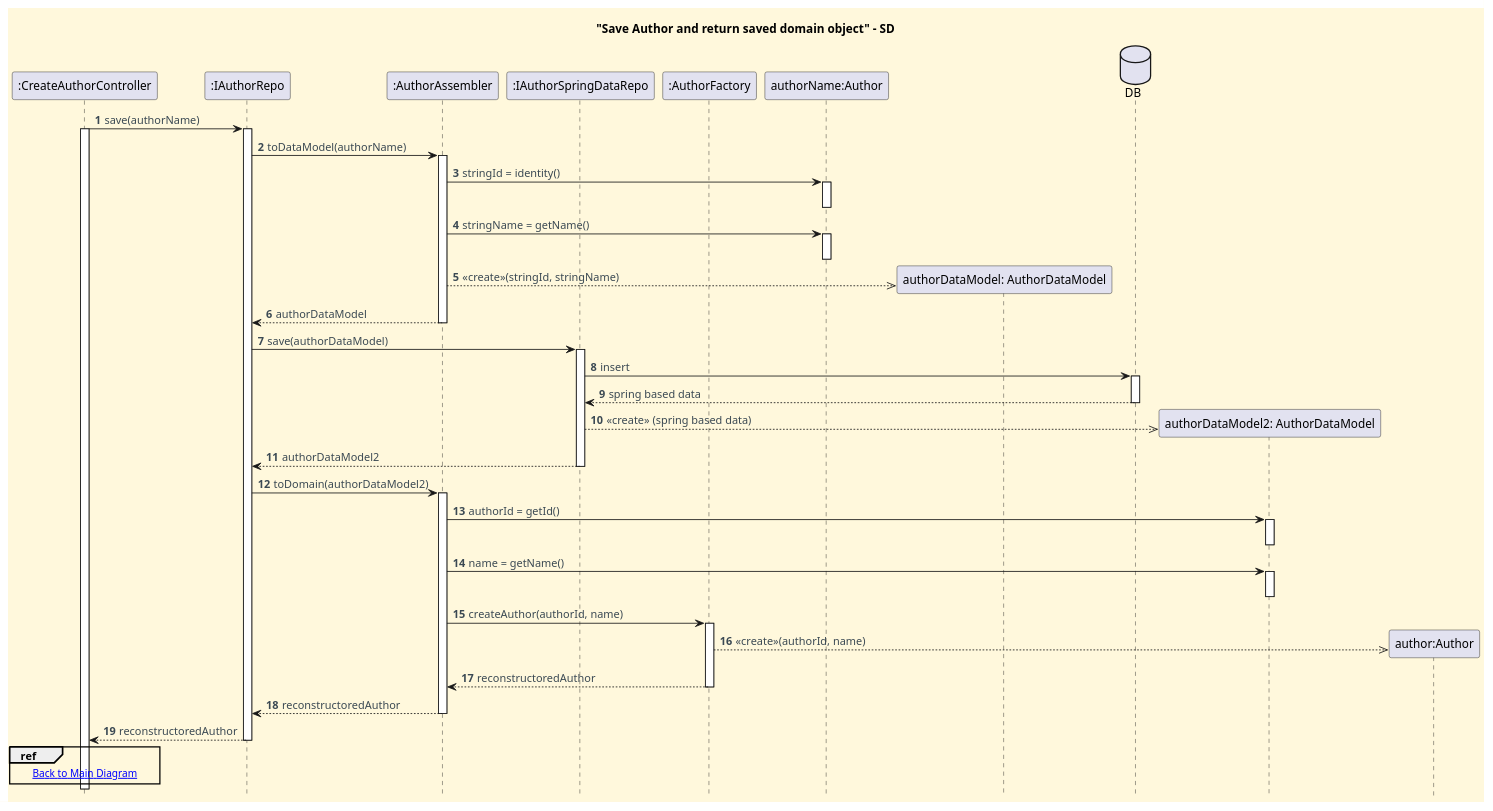
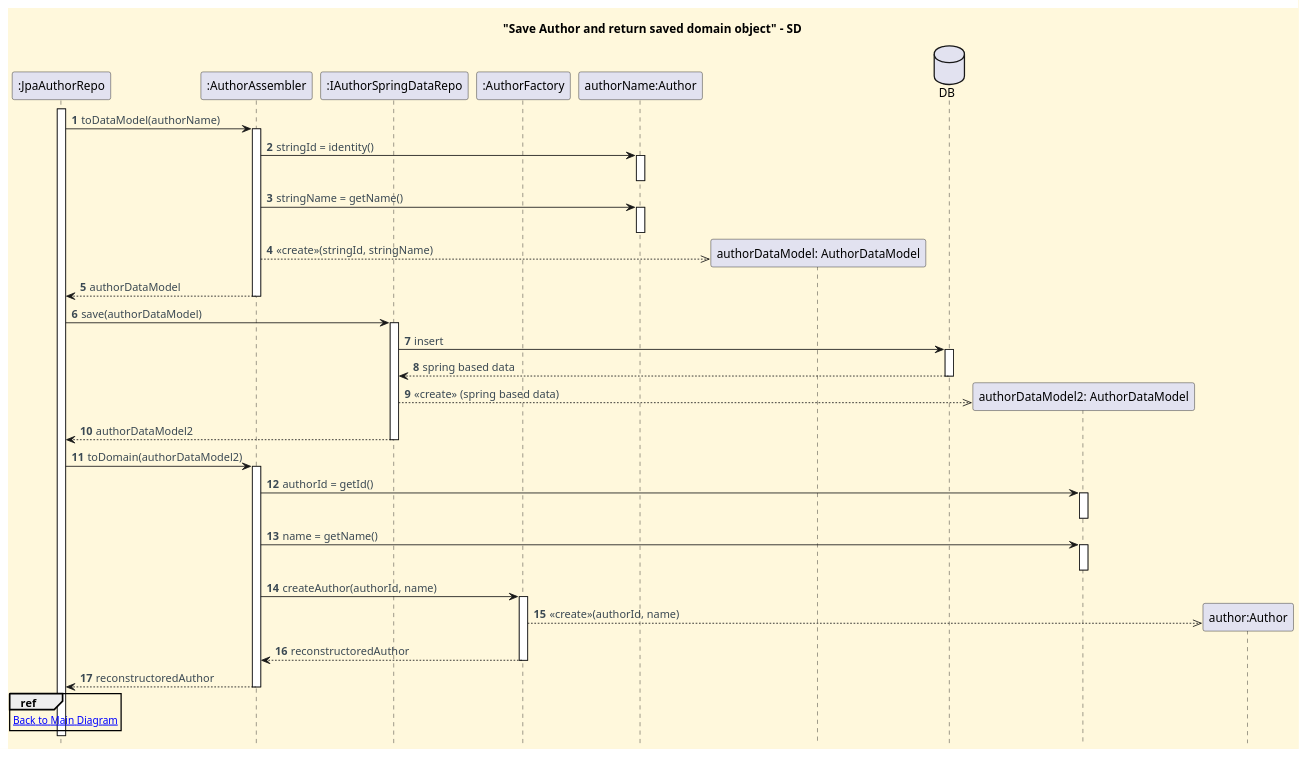
Before and after one commit to CarolinaLeite-collab/JavaMarketplacePlatform: the diagram in docs/functionalities/admin/register-author/sd-ref-diagrams/Save_Author.puml, drawn with PlantUML. The commit also changed 2 other files, not shown here.

Commit message:
docs: correct typo in Save_Author, Save_City and Save_AppraisalEntity fragment diagrams, closes #854

```diff
--- a/docs/functionalities/admin/register-author/sd-ref-diagrams/Save_Author.puml
+++ b/docs/functionalities/admin/register-author/sd-ref-diagrams/Save_Author.puml
@@ -1,87 +1,81 @@
 @startuml
 '==== Title ====
 title "Save Author and return saved domain object" - SD
 
 '==== basic style ====
 skinparam monochrome false
 skinparam shadowing false
 skinparam defaultFontName Futura
 skinparam objectFontSize 20
 skinparam backgroundColor CornSilk
 skinparam objectBackgroundColor WhiteSmoke
 skinparam noteBackgroundColor #FFFFE0
 skinparam ArrowFontColor #3B4953
 skinparam ActivationBackgroundColor black
 hidefootbox
 autonumber
 autoactivate off
 
 
 ' ==== Actor and participants ====
-participant ":CreateAuthorController" as CTL
-participant ":IAuthorRepo" as IA
+participant ":JpaAuthorRepo" as IA
 participant ":AuthorAssembler" as assembler
 participant ":IAuthorSpringDataRepo" as springData
 participant ":AuthorFactory" as factory
 participant "authorName:Author" as author
 
 
 '==== UI interaction ====
-CTL -> IA: save(authorName)
 activate IA
-activate CTL
 
 IA -> assembler : toDataModel(authorName)
 activate assembler
 assembler -> author : stringId = identity()
 activate author
 deactivate author
 assembler -> author : stringName = getName()
 activate author
 deactivate author
 
 create "authorDataModel: AuthorDataModel" as DM
 assembler -->> DM : <<create>>(stringId, stringName)
 assembler --> IA : authorDataModel
 deactivate assembler
 
 IA -> springData : save(authorDataModel)
 activate springData
 database "DB" as DB
 springData -> DB : insert
 activate DB
 DB --> springData : spring based data
 deactivate DB
 create "authorDataModel2: AuthorDataModel"
 springData -->> "authorDataModel2: AuthorDataModel" : <<create>> (spring based data)
 springData --> IA : authorDataModel2
 deactivate springData
 
 IA -> assembler : toDomain(authorDataModel2)
 activate assembler
 
 assembler -> "authorDataModel2: AuthorDataModel" : authorId = getId()
 activate "authorDataModel2: AuthorDataModel"
 deactivate "authorDataModel2: AuthorDataModel"
 
 assembler -> "authorDataModel2: AuthorDataModel" : name = getName()
 activate "authorDataModel2: AuthorDataModel"
 deactivate "authorDataModel2: AuthorDataModel"
 
 assembler -> factory : createAuthor(authorId, name)
 activate factory
 create "author:Author"
 factory -->> "author:Author" : <<create>>(authorId, name)
 factory --> assembler : reconstructoredAuthor
 deactivate factory
 assembler --> IA : reconstructoredAuthor
 deactivate assembler
 
-IA --> CTL : reconstructoredAuthor
-deactivate IA
-
-ref over CTL
+ref over IA
 [[../To_Register_An_Author_SD.puml Back to Main Diagram]]
 end ref
 
 @enduml
```
